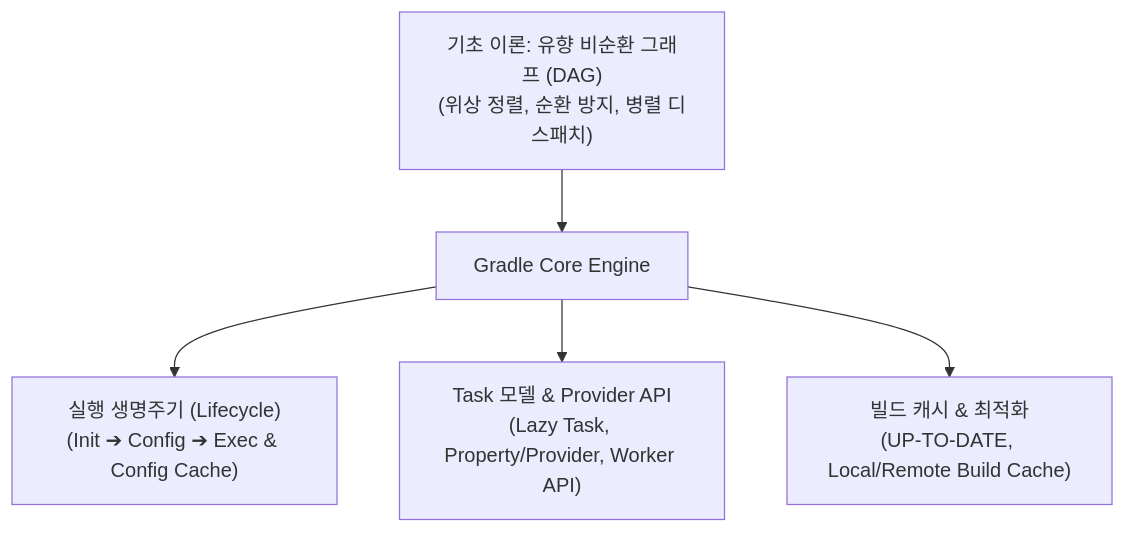
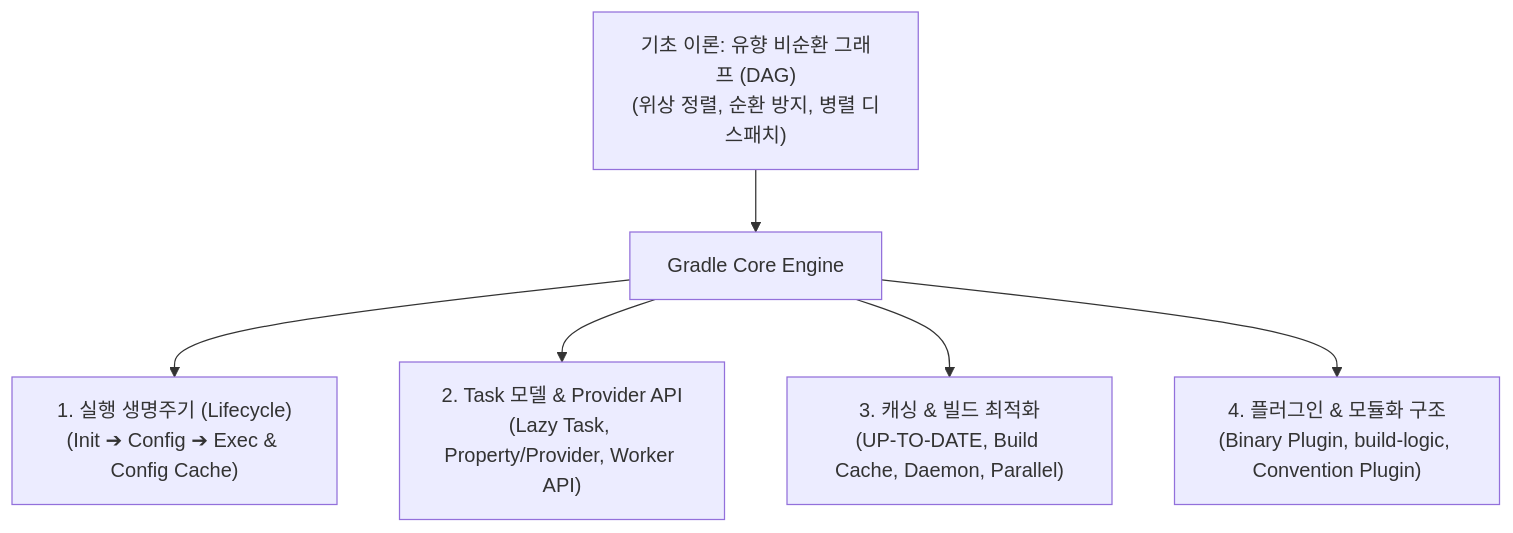
One commit to youngmin-gwon/what-i-studied changed the diagram in 01_inbox/mobile/android/03_packaging_deployment/build/gradle/gradle-build/gradle-core.md. Above: the diagram before and after it, drawn with Mermaid. The commit also changed other lines of this file and 5 other files, not shown here.

````diff
--- a/01_inbox/mobile/android/03_packaging_deployment/build/gradle/gradle-build/gradle-core.md
+++ b/01_inbox/mobile/android/03_packaging_deployment/build/gradle/gradle-build/gradle-core.md
@@ -17,7 +17,8 @@
 ```mermaid
 flowchart TD
     DAG["기초 이론: 유향 비순환 그래프 (DAG)<br/>(위상 정렬, 순환 방지, 병렬 디스패치)"] --> Engine["Gradle Core Engine"]
-    Engine --> Lifecycle["실행 생명주기 (Lifecycle)<br/>(Init ➔ Config ➔ Exec & Config Cache)"]
-    Engine --> TaskAPI["Task 모델 & Provider API<br/>(Lazy Task, Property/Provider, Worker API)"]
-    Engine --> Optimization["빌드 캐시 & 최적화<br/>(UP-TO-DATE, Local/Remote Build Cache)"]
+    Engine --> Lifecycle["1. 실행 생명주기 (Lifecycle)<br/>(Init ➔ Config ➔ Exec & Config Cache)"]
+    Engine --> TaskAPI["2. Task 모델 & Provider API<br/>(Lazy Task, Property/Provider, Worker API)"]
+    Engine --> Optimization["3. 캐싱 & 빌드 최적화<br/>(UP-TO-DATE, Build Cache, Daemon, Parallel)"]
+    Engine --> Plugins["4. 플러그인 & 모듈화 구조<br/>(Binary Plugin, build-logic, Convention Plugin)"]
 ```
````
